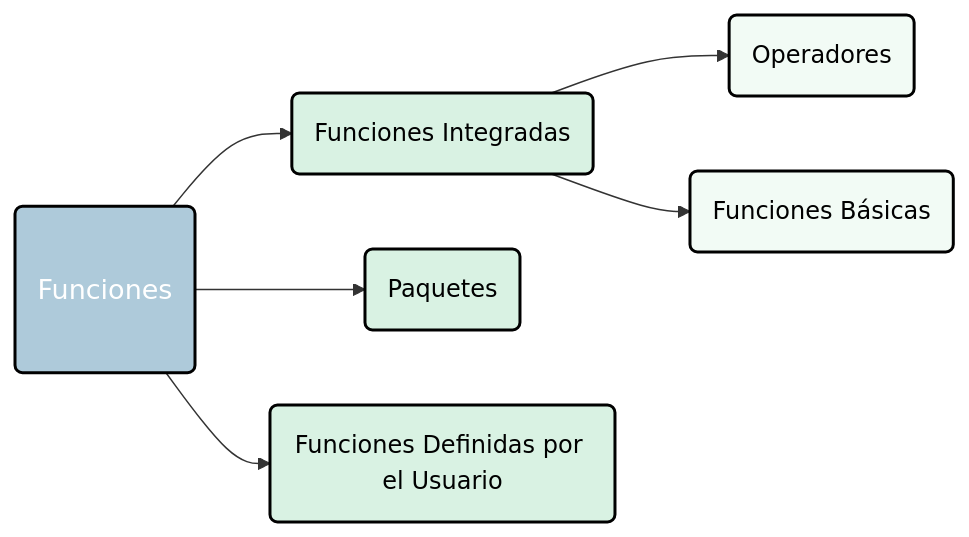
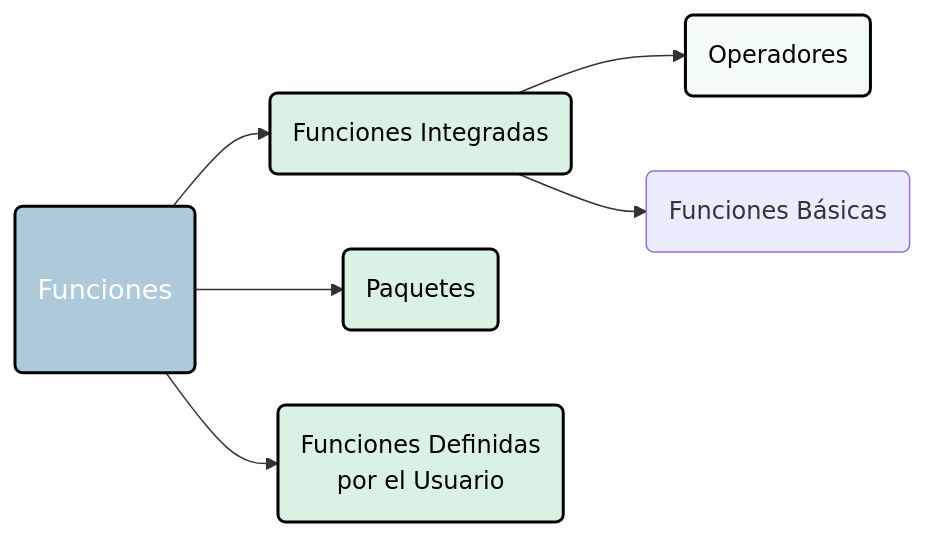
The third of 3 diagrams in fundamentos_de_r.qmd (maRce10/r_avanzado_2026), drawn with Mermaid before and after one commit. The commit also changed other lines of this file and 232 other files, not shown here.

Commit message:
fix mermaid diagrams

````diff
--- a/fundamentos_de_r.qmd
+++ b/fundamentos_de_r.qmd
@@ -437,22 +437,21 @@
 ```{mermaid}
 
 flowchart LR
     classDef largeText font-size:18px, padding:15px;
 
     F(Funciones) --> BF(Funciones Integradas)
     BF --> OP(Operadores)
     BF --> BA(Funciones Básicas)
     F --> PF(Paquetes)
-    F --> UF(Funciones Definidas por el Usuario)
+    F --> UF("Funciones Definidas</br>por el Usuario")
 
     class R,D,D1,D2,F largeText;
 
     style F fill:#357BA266, stroke:#000, stroke-width:2px, color:#FFF, width:120px
     style BF fill:#A0DFB966, stroke:#000, stroke-width:2px, color:#000
-    style BA fill:#DEF5E566, stroke:#000, stroke-width:2px, color:#000
     style OP fill:#DEF5E566, stroke:#000, stroke-width:2px, color:#000    
     style PF fill:#A0DFB966, stroke:#000, stroke-width:2px, color:#000000
     style UF fill:#A0DFB966, stroke:#000, stroke-width:2px, color:#000
 
 
 ```
````
